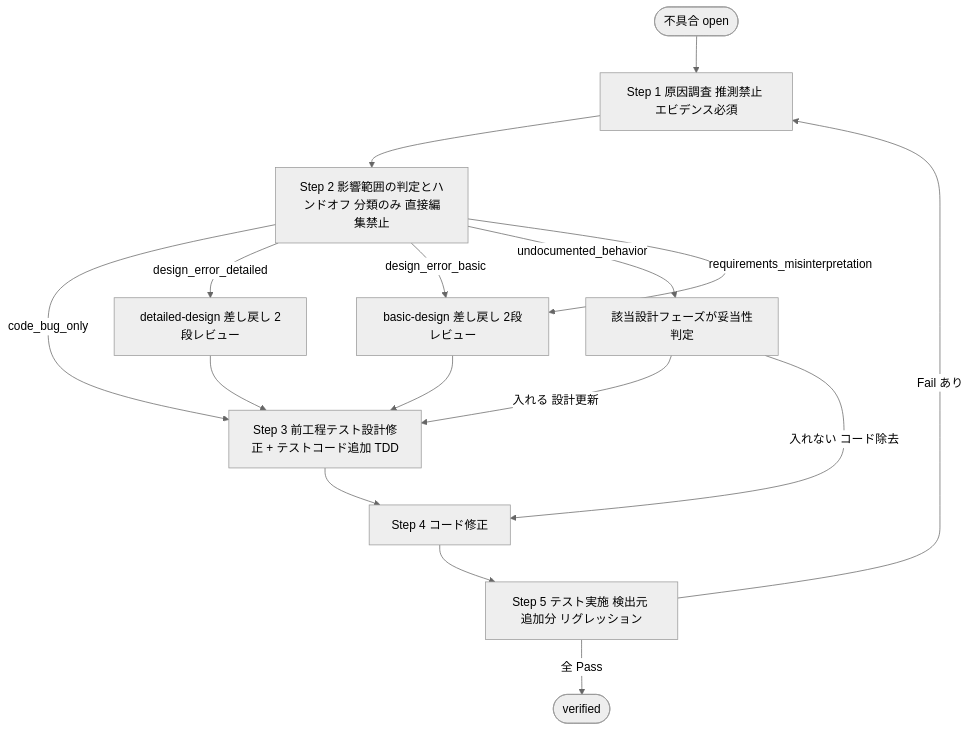
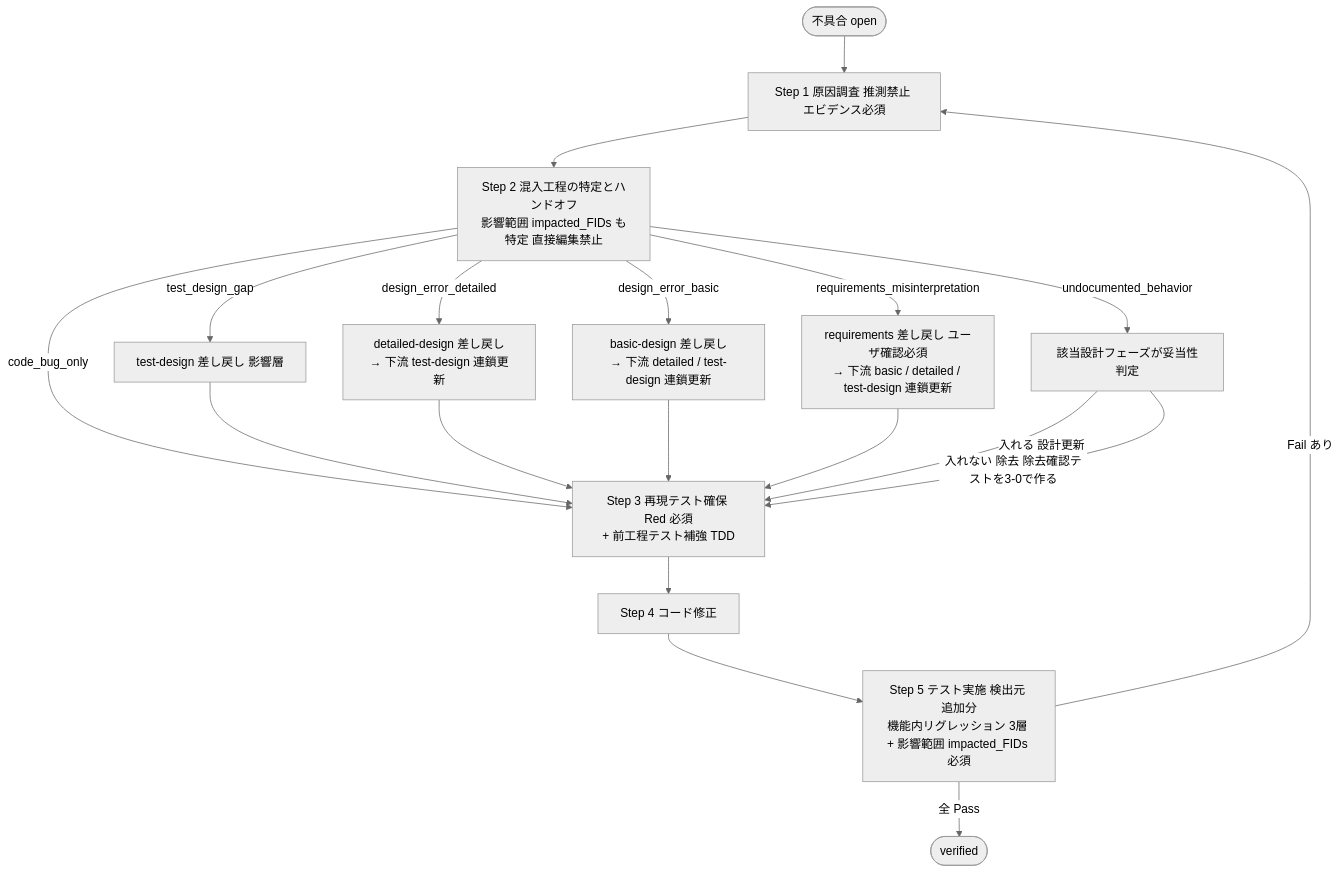
The fifth of 5 diagrams in docs/workflow-overview.md (yamasuki-/software_dev_workflow), drawn with Mermaid (neutral theme) before and after one commit. The commit also changed other lines of this file and 13 other files, not shown here.

````diff
--- a/docs/workflow-overview.md
+++ b/docs/workflow-overview.md
@@ -215,19 +217,22 @@
 ```mermaid
 flowchart TD
     Start([不具合 open]) --> S1[Step 1 原因調査 推測禁止 エビデンス必須]
-    S1 --> S2[Step 2 影響範囲の判定とハンドオフ 分類のみ 直接編集禁止]
+    S1 --> S2[Step 2 混入工程の特定とハンドオフ<br/>影響範囲 impacted_FIDs も特定 直接編集禁止]
     S2 -->|code_bug_only| S3
-    S2 -->|design_error_detailed| HD[detailed-design 差し戻し 2段レビュー]
-    S2 -->|design_error_basic| HB[basic-design 差し戻し 2段レビュー]
+    S2 -->|test_design_gap| HT[test-design 差し戻し 影響層]
+    S2 -->|design_error_detailed| HD[detailed-design 差し戻し<br/>→ 下流 test-design 連鎖更新]
+    S2 -->|design_error_basic| HB[basic-design 差し戻し<br/>→ 下流 detailed / test-design 連鎖更新]
     S2 -->|undocumented_behavior| HC[該当設計フェーズが妥当性判定]
-    S2 -->|requirements_misinterpretation| HB
+    S2 -->|requirements_misinterpretation| HR[requirements 差し戻し ユーザ確認必須<br/>→ 下流 basic / detailed / test-design 連鎖更新]
+    HT --> S3
     HD --> S3
     HB --> S3
+    HR --> S3
     HC -->|入れる 設計更新| S3
-    HC -->|入れない コード除去| S4
-    S3[Step 3 前工程テスト設計修正 + テストコード追加 TDD]
+    HC -->|入れない 除去 除去確認テストを3-0で作る| S3
+    S3[Step 3 再現テスト確保 Red 必須<br/>+ 前工程テスト補強 TDD]
     S3 --> S4[Step 4 コード修正]
-    S4 --> S5[Step 5 テスト実施 検出元 追加分 リグレッション]
+    S4 --> S5[Step 5 テスト実施 検出元 追加分<br/>機能内リグレッション 3層 + 影響範囲 impacted_FIDs 必須]
     S5 -->|全 Pass| Verified([verified])
     S5 -->|Fail あり| S1
 ```
````
